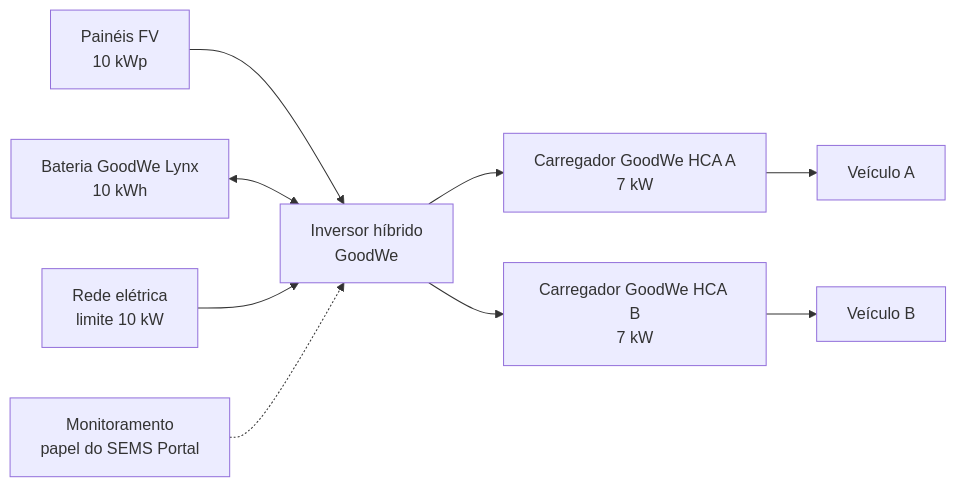
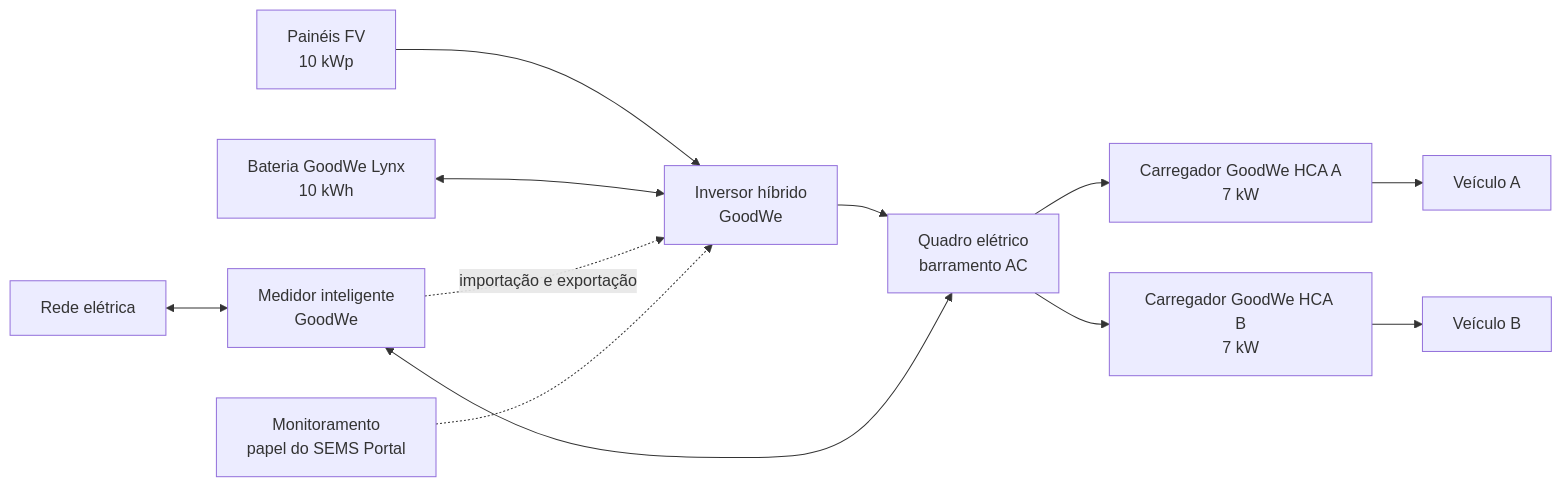
Before and after one commit to GustavoBitencourtLopes/sprint4-goodwe-solarflow: the second of 4 diagrams in docs/arquitetura.md, drawn with Mermaid. The commit also changed other lines of this file, not shown here.

````diff
--- a/docs/arquitetura.md
+++ b/docs/arquitetura.md
@@ -130,9 +135,11 @@
 ```mermaid
 flowchart LR
     FV["Painéis FV<br/>10 kWp"] --> INV["Inversor híbrido<br/>GoodWe"]
     BAT["Bateria GoodWe Lynx<br/>10 kWh"] <--> INV
-    REDE["Rede elétrica<br/>limite 10 kW"] --> INV
-    INV --> CA["Carregador GoodWe HCA A<br/>7 kW"] --> VA["Veículo A"]
-    INV --> CB["Carregador GoodWe HCA B<br/>7 kW"] --> VB["Veículo B"]
+    INV --> QD["Quadro elétrico<br/>barramento AC"]
+    REDE["Rede elétrica"] <--> MED["Medidor inteligente<br/>GoodWe"] <--> QD
+    QD --> CA["Carregador GoodWe HCA A<br/>7 kW"] --> VA["Veículo A"]
+    QD --> CB["Carregador GoodWe HCA B<br/>7 kW"] --> VB["Veículo B"]
+    MED -. importação e exportação .-> INV
     SEMS["Monitoramento<br/>papel do SEMS Portal"] -.-> INV
 ```
````
